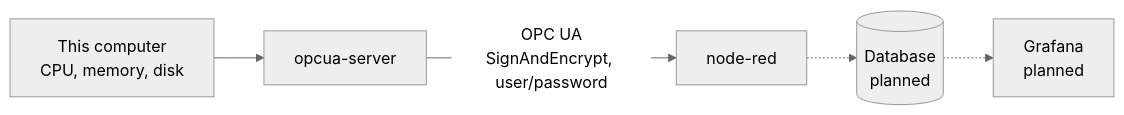
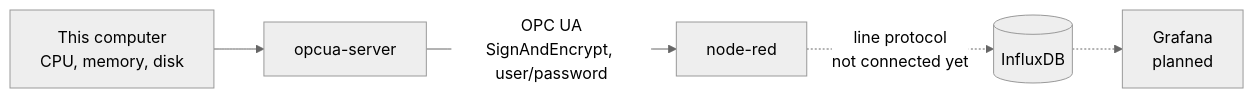
One commit to natalia-stepanov-dev/packt-iiot-opcua-data-flow changed the diagram in README.md. Above: the diagram before and after it, drawn with Mermaid (neutral theme). The commit also changed other lines of this file, not shown here.

First line of the commit message:
docs: describe the InfluxDB setup in the README

````diff
--- a/README.md
+++ b/README.md
@@ -20,7 +20,7 @@
 ```mermaid
 flowchart LR
     host["This computer<br/>CPU, memory, disk"] --> server["opcua-server"]
     server -- "OPC UA<br/>SignAndEncrypt, user/password" --> nodered["node-red"]
-    nodered -.-> db[("Database<br/>planned")]
+    nodered -. "line protocol<br/>not connected yet" .-> db[("InfluxDB")]
     db -.-> grafana["Grafana<br/>planned"]
 ```
````
